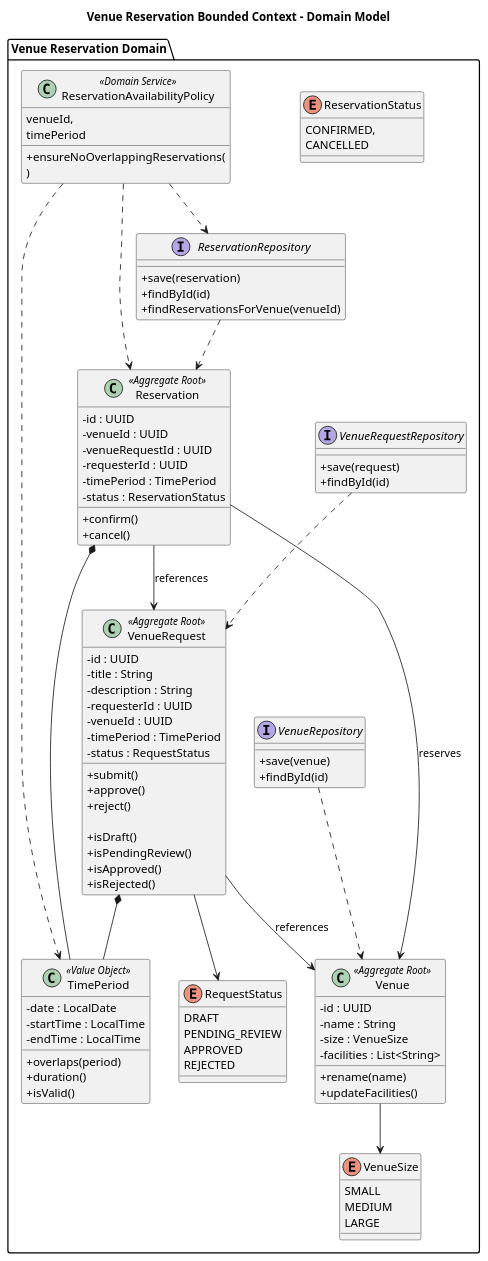
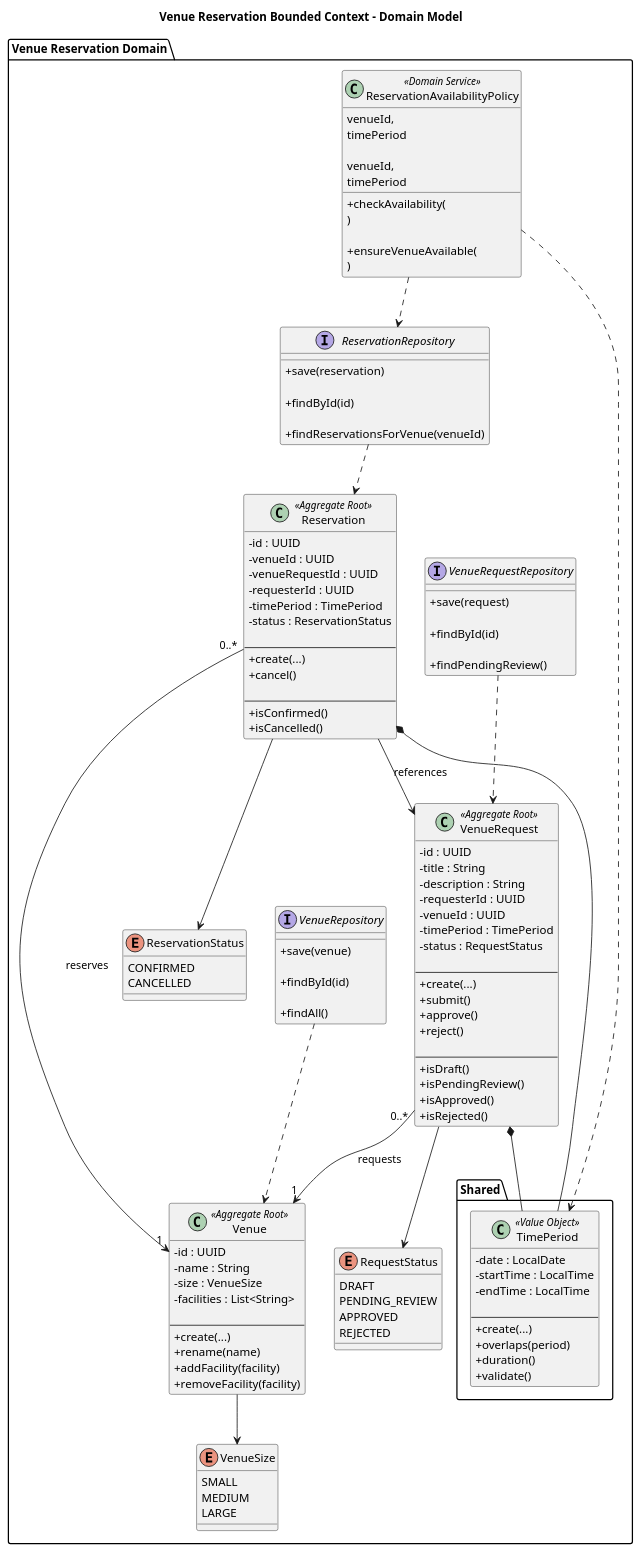
Before and after one commit to mirukibs/Venue-Request: the diagram in documentation/VenueReservation.puml, drawn with PlantUML. The commit also changed 9 other files, not shown here.

First line of the commit message:
fix: fixed code implementations based on the revised plantuml.

```diff
--- a/documentation/VenueReservation.puml
+++ b/documentation/VenueReservation.puml
@@ -1,145 +1,183 @@
-@startuml Venue Reservation Bounded Context - Domain Model
+@startuml
 title Venue Reservation Bounded Context - Domain Model
 
 skinparam classAttributeIconSize 0
 
 package "Venue Reservation Domain" {
 
-'=========================
+'====================================================
 ' Aggregate Roots
-'=========================
+'====================================================
 
 class VenueRequest <<Aggregate Root>> {
     - id : UUID
     - title : String
     - description : String
     - requesterId : UUID
     - venueId : UUID
     - timePeriod : TimePeriod
     - status : RequestStatus
 
+    --
+    + create(...)
     + submit()
     + approve()
     + reject()
 
+    --
     + isDraft()
     + isPendingReview()
     + isApproved()
     + isRejected()
 }
 
 class Reservation <<Aggregate Root>> {
     - id : UUID
     - venueId : UUID
     - venueRequestId : UUID
     - requesterId : UUID
     - timePeriod : TimePeriod
     - status : ReservationStatus
 
-    + confirm()
+    --
+    + create(...)
     + cancel()
+
+    --
+    + isConfirmed()
+    + isCancelled()
 }
 
 class Venue <<Aggregate Root>> {
     - id : UUID
     - name : String
     - size : VenueSize
     - facilities : List<String>
 
+    --
+    + create(...)
     + rename(name)
-    + updateFacilities()
+    + addFacility(facility)
+    + removeFacility(facility)
 }
 
-'=========================
-' Value Objects
-'=========================
+'====================================================
+' Shared Value Objects
+'====================================================
+
+package "Shared" {
 
 class TimePeriod <<Value Object>> {
     - date : LocalDate
     - startTime : LocalTime
     - endTime : LocalTime
 
+    --
+    + create(...)
     + overlaps(period)
     + duration()
-    + isValid()
+    + validate()
 }
 
-'=========================
+}
+
+'====================================================
 ' Enumerations
-'=========================
+'====================================================
 
 enum RequestStatus {
     DRAFT
     PENDING_REVIEW
     APPROVED
     REJECTED
 }
 
+enum ReservationStatus {
+    CONFIRMED
+    CANCELLED
+}
+
 enum VenueSize {
     SMALL
     MEDIUM
     LARGE
 }
 
-enum ReservationStatus {
-    CONFIRMED,
-    CANCELLED
-}
-
-'=========================
+'====================================================
 ' Domain Service
-'=========================
+'====================================================
 
 class ReservationAvailabilityPolicy <<Domain Service>> {
-    + ensureNoOverlappingReservations(
+
+    + checkAvailability(
+        venueId,
+        timePeriod
+    )
+
+    + ensureVenueAvailable(
         venueId,
         timePeriod
     )
 }
 
-'=========================
+'====================================================
 ' Repository Interfaces
-'=========================
+'====================================================
 
 interface VenueRequestRepository {
+
     + save(request)
+
     + findById(id)
+
+    + findPendingReview()
+
 }
 
 interface ReservationRepository {
+
     + save(reservation)
+
     + findById(id)
+
     + findReservationsForVenue(venueId)
+
 }
 
 interface VenueRepository {
+
     + save(venue)
+
     + findById(id)
+
+    + findAll()
+
 }
 
 }
 
-'=========================
+'====================================================
 ' Relationships
-'=========================
+'====================================================
 
 VenueRequest *-- TimePeriod
 Reservation *-- TimePeriod
 
 Venue --> VenueSize
 
 VenueRequest --> RequestStatus
+Reservation --> ReservationStatus
+
+VenueRequest "0..*" --> "1" Venue : requests
+Reservation "0..*" --> "1" Venue : reserves
 
 Reservation --> VenueRequest : references
-VenueRequest --> Venue : references
-Reservation --> Venue : reserves
 
 ReservationAvailabilityPolicy ..> ReservationRepository
-ReservationAvailabilityPolicy ..> Reservation
 ReservationAvailabilityPolicy ..> TimePeriod
 
 VenueRequestRepository ..> VenueRequest
 ReservationRepository ..> Reservation
 VenueRepository ..> Venue
 
 @enduml
```
